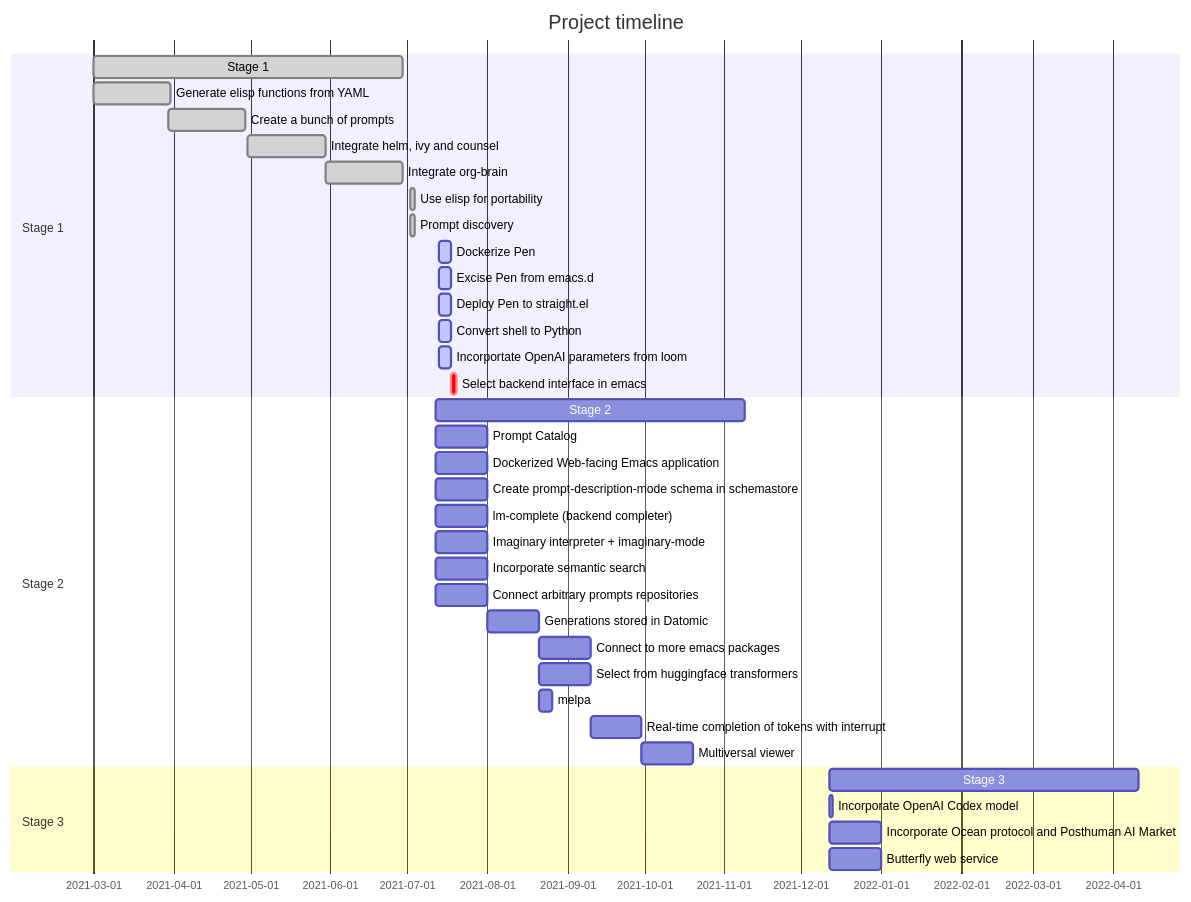
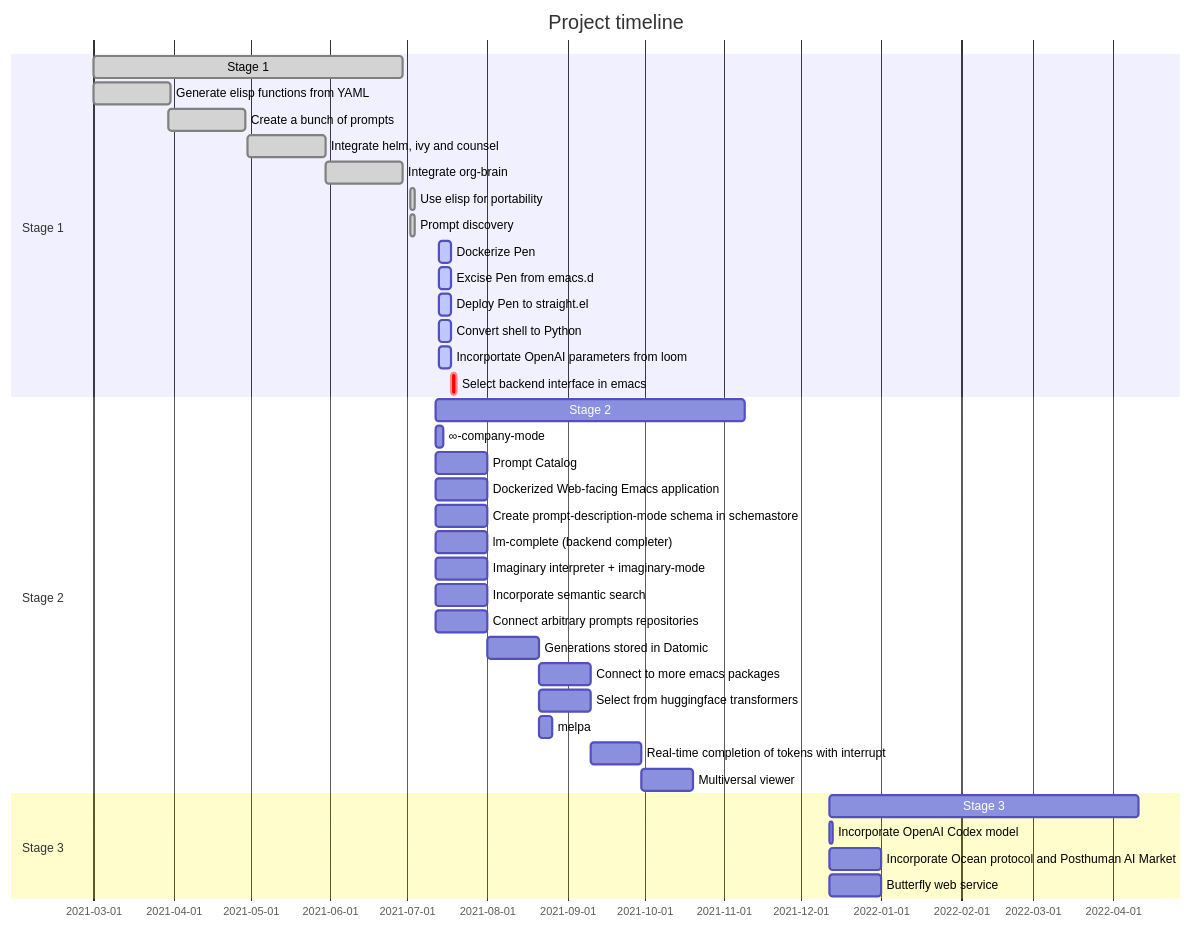
Before and after one commit to semiosis/pen.el: the diagram in docs/README.org, drawn with Mermaid.

Commit message:
Tue 13 Jul 2021 16:30:32

```diff
--- a/docs/README.org
+++ b/docs/README.org
@@ -35,39 +35,40 @@
 #+BEGIN_SRC mermaid :results raw :file project-timeline.png
   gantt
           title Project timeline
           dateFormat  YYYY-MM-DD
           section Stage 1
           Stage 1  :done, :s1, 2021-03-01, 120d
           Generate elisp functions from YAML  :done,  :a1, 2021-03-01, 30d
           Create a bunch of prompts  :done,   :a3, 2021-03-30, 30d
           Integrate helm, ivy and counsel  :done,   :a4, 2021-04-30, 30d
           Integrate org-brain  :done,   :a5, 2021-05-30, 30d
           Use elisp for portability :done,  :b2, 2021-07-02, 2d
           Prompt discovery :done,  :b5, 2021-07-02, 2d
           Dockerize Pen : active, b3, after b2 , 5d
           Excise Pen from emacs.d: active, b3.1, after b2 , 5d
           Deploy Pen to straight.el: active, b3.2, after b2 , 5d
           Convert shell to Python : active, b4, after b2 , 5d
           Incorportate OpenAI parameters from loom : active, b4, after b2 , 5d
           Select backend interface in emacs :crit, after b3, 2d
           section Stage 2
           Stage 2  :s2, 2021-07-12, 120d
+          ∞-company-mode : b6d, 2021-07-12, 3d
           Prompt Catalog : b6a, 2021-07-12, 20d
           Dockerized Web-facing Emacs application : b6c, 2021-07-12, 20d
           Create prompt-description-mode schema in schemastore : b6b, 2021-07-12, 20d
           lm-complete (backend completer) : b6b, 2021-07-12, 20d
           Imaginary interpreter + imaginary-mode : b11, 2021-07-12, 20d
           Incorporate semantic search : b12, 2021-07-12, 20d
           Connect arbitrary prompts repositories : b6, 2021-07-12, 20d
           Generations stored in Datomic : b7, after b6, 20d
           Connect to more emacs packages : b8, after b7 , 20d
           Select from huggingface transformers : b15, after b7 , 20d
           melpa : b14, after b7 , 5d
           Real-time completion of tokens with interrupt : b9, after b8, 20d
           Multiversal viewer : b10, after b9, 20d
           section Stage 3
           Stage 3  :s3, 2021-12-12, 120d
           Incorporate OpenAI Codex model : c1, 2021-12-12, 1d
           Incorporate Ocean protocol and Posthuman AI Market : c2, 2021-12-12, 20d
           Butterfly web service : c3, 2021-12-12, 20d
 #+END_SRC
```
